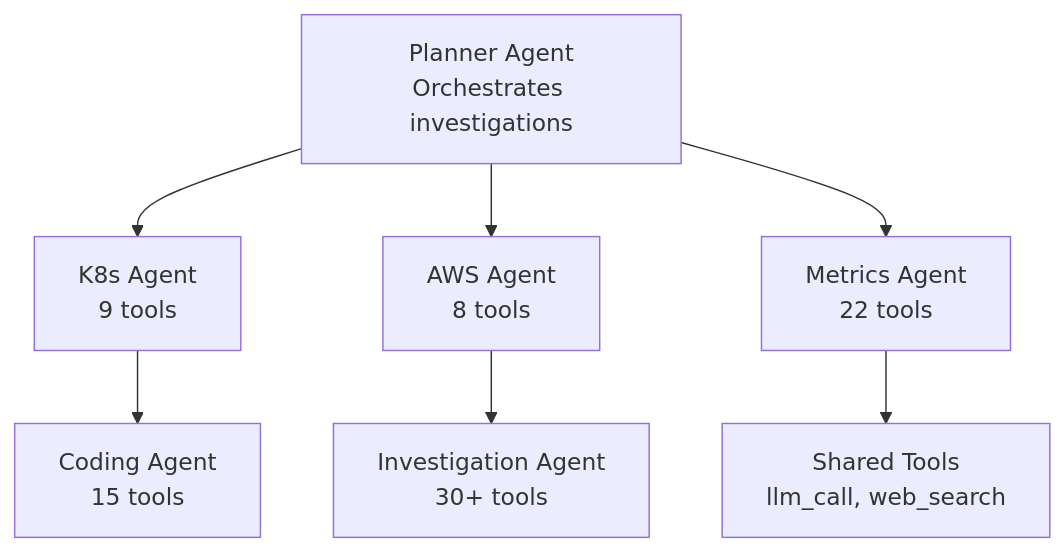
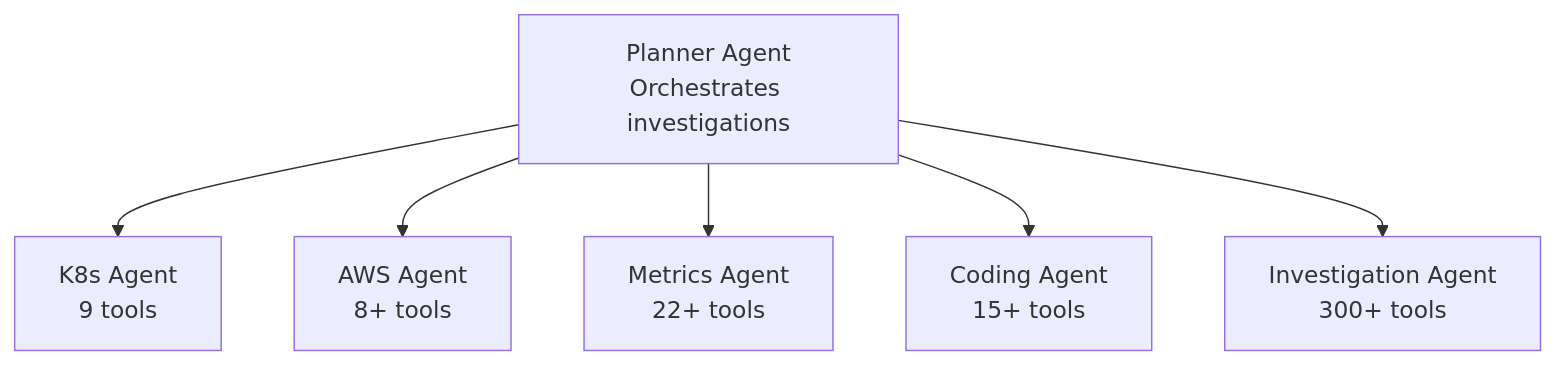
The second of 6 diagrams in how-it-works.mdx (incidentfox/docs), drawn with Mermaid before and after one commit. The commit also changed other lines of this file and 16 other files, not shown here.

Commit message:
docs: update for 300+ tools, dual-agent architecture, RAPTOR KB

````diff
--- a/how-it-works.mdx
+++ b/how-it-works.mdx
@@ -10,9 +50,8 @@
 ```mermaid
 graph TD
     A[Planner Agent<br/>Orchestrates investigations] --> B[K8s Agent<br/>9 tools]
-    A --> C[AWS Agent<br/>8 tools]
-    A --> D[Metrics Agent<br/>22 tools]
-    B --> E[Coding Agent<br/>15 tools]
-    C --> F[Investigation Agent<br/>30+ tools]
-    D --> G[Shared Tools<br/>llm_call, web_search]
+    A --> C[AWS Agent<br/>8+ tools]
+    A --> D[Metrics Agent<br/>22+ tools]
+    A --> E[Coding Agent<br/>15+ tools]
+    A --> F[Investigation Agent<br/>300+ tools]
 ```
````
